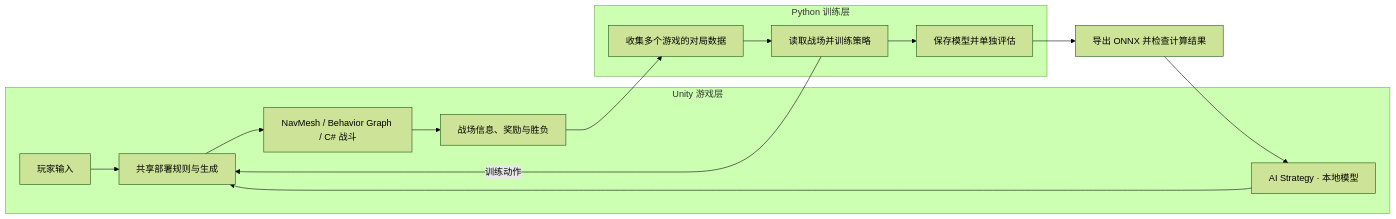
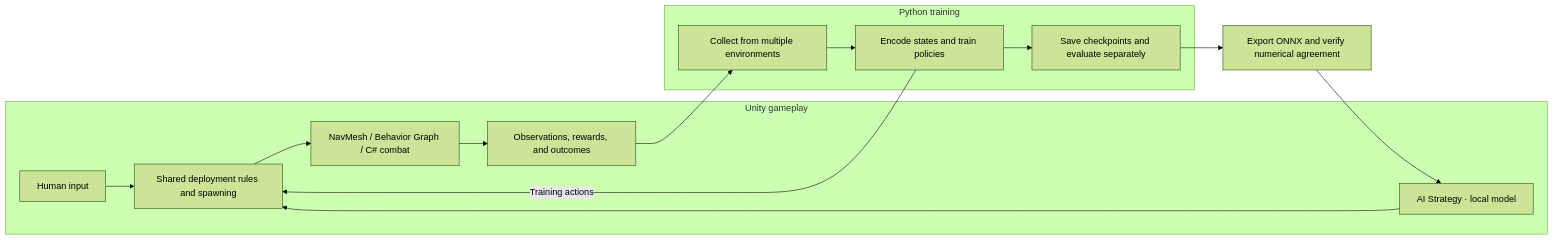
Before and after one commit to xvchengxvcheng/dino-attack-flow-rl: the diagram in README.md, drawn with Mermaid (forest theme). The commit also changed other lines of this file and 3 other files, not shown here.

````diff
--- a/README.md
+++ b/README.md
@@ -128,17 +128,17 @@
 ```mermaid
 flowchart LR
-    subgraph U["Unity 游戏层"]
-        H["玩家输入"] --> D["共享部署规则与生成"]
-        I["AI Strategy · 本地模型"] --> D
-        D --> B["NavMesh / Behavior Graph / C# 战斗"]
-        B --> S["战场信息、奖励与胜负"]
+    subgraph U["Unity gameplay"]
+        H["Human input"] --> D["Shared deployment rules and spawning"]
+        I["AI Strategy · local model"] --> D
+        D --> B["NavMesh / Behavior Graph / C# combat"]
+        B --> S["Observations, rewards, and outcomes"]
     end
-    subgraph P["Python 训练层"]
-        E["收集多个游戏的对局数据"] --> T["读取战场并训练策略"]
-        T --> C["保存模型并单独评估"]
+    subgraph P["Python training"]
+        E["Collect from multiple environments"] --> T["Encode states and train policies"]
+        T --> C["Save checkpoints and evaluate separately"]
     end
     S --> E
-    T -->|"训练动作"| D
-    C --> O["导出 ONNX 并检查计算结果"]
+    T -->|"Training actions"| D
+    C --> O["Export ONNX and verify numerical agreement"]
     O --> I
 ```
````
